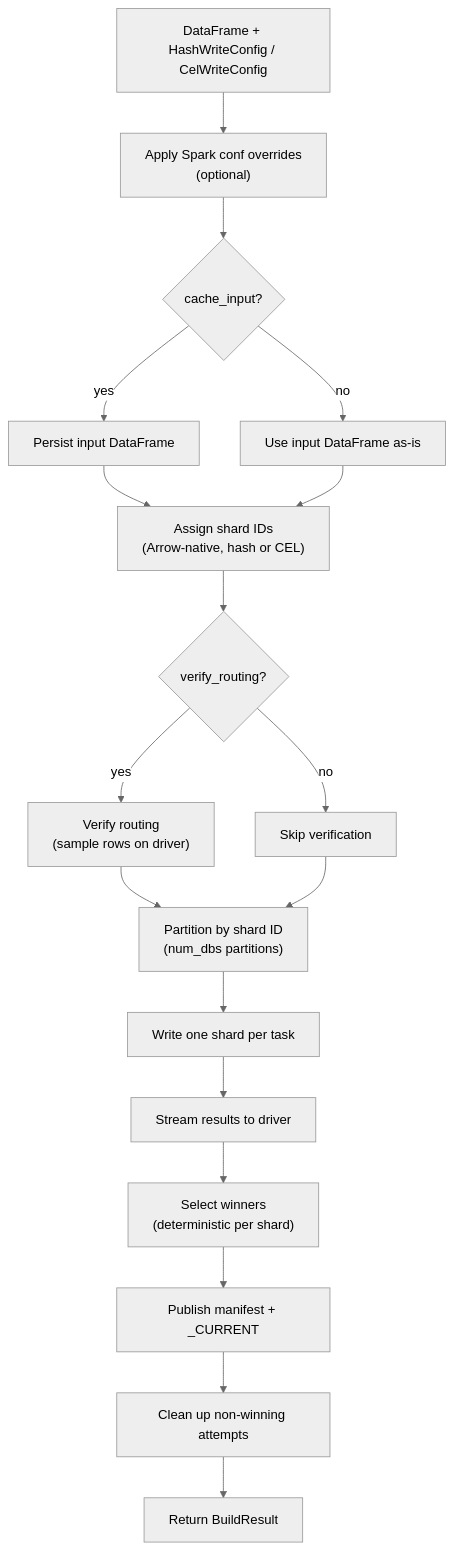
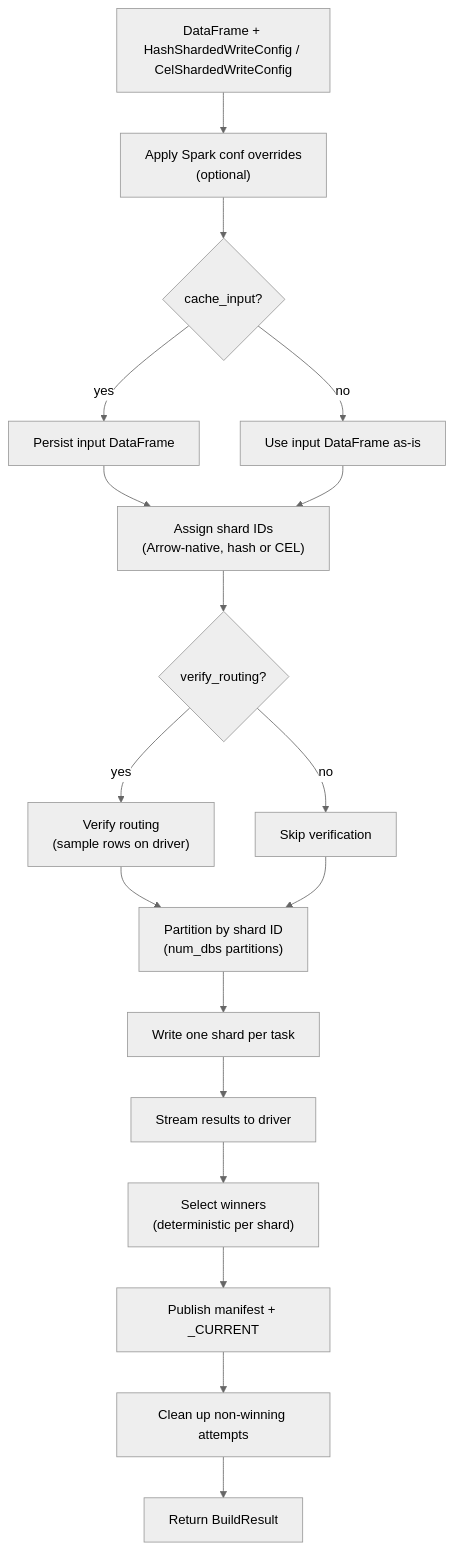
Before and after one commit to elkin/shardyfusion: the diagram in docs/use-cases/kv-storage/build/spark.md, drawn with Mermaid (neutral theme). The commit also changed other lines of this file and 27 other files, not shown here.

````diff
--- a/docs/use-cases/kv-storage/build/spark.md
+++ b/docs/use-cases/kv-storage/build/spark.md
@@ -92,20 +96,20 @@
 ```mermaid
 flowchart TD
-    A[DataFrame + HashWriteConfig / CelWriteConfig] --> B["Apply Spark conf overrides<br/>(optional)"]
+    A[DataFrame + HashShardedWriteConfig / CelShardedWriteConfig] --> B["Apply Spark conf overrides<br/>(optional)"]
     B --> C{"cache_input?"}
     C -->|yes| D["Persist input DataFrame"]
     C -->|no| E[Use input DataFrame as-is]
     D --> F["Assign shard IDs<br/>(Arrow-native, hash or CEL)"]
     E --> F
     F --> G{"verify_routing?"}
     G -->|yes| H["Verify routing<br/>(sample rows on driver)"]
     G -->|no| I[Skip verification]
     H --> J["Partition by shard ID<br/>(num_dbs partitions)"]
     I --> J
     J --> K["Write one shard per task"]
     K --> L["Stream results to driver"]
     L --> M["Select winners<br/>(deterministic per shard)"]
     M --> N["Publish manifest + _CURRENT"]
     N --> O["Clean up non-winning attempts"]
     O --> P[Return BuildResult]
 ```
````
